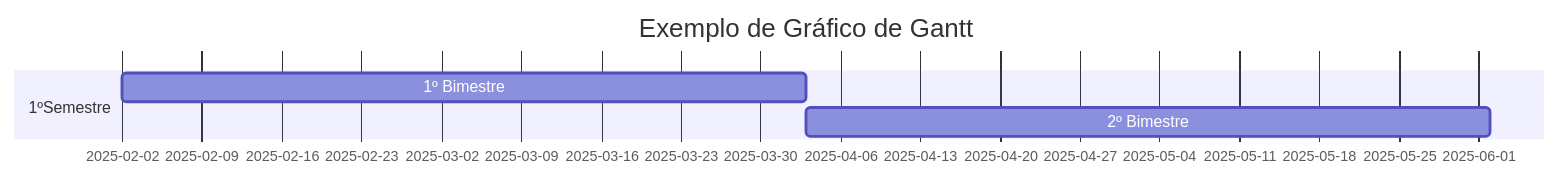
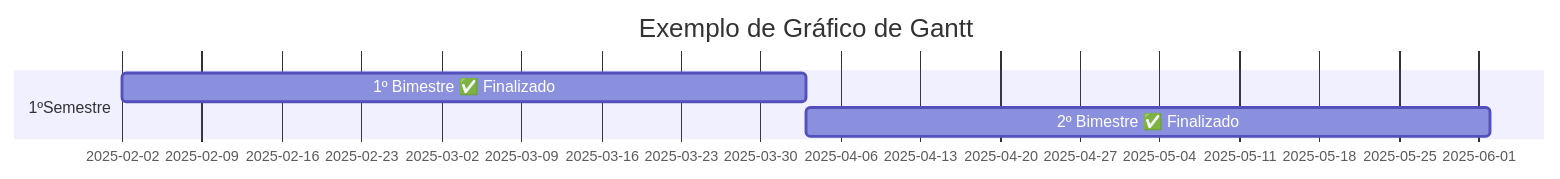
One commit to ramtrigodev/grafico_g changed the diagram in README.md. Above: the diagram before and after it, drawn with Mermaid. The commit also changed other lines of this file, not shown here.

````diff
--- a/README.md
+++ b/README.md
@@ -17,9 +17,9 @@
 ```mermaid
 gantt
    title Exemplo de Gráfico de Gantt
    dateFormat YYYY-MM-DD 
    section 1ºSemestre
-   1º Bimestre :a1, 2025-02-02, 60d
-   2º Bimestre :a2, after a1, 60d
+   1º Bimestre ✅ Finalizado:a1, 2025-02-02, 60d
+   2º Bimestre ✅ Finalizado:a2, after a1, 60d
    section 2º Semestre
 ```
````
